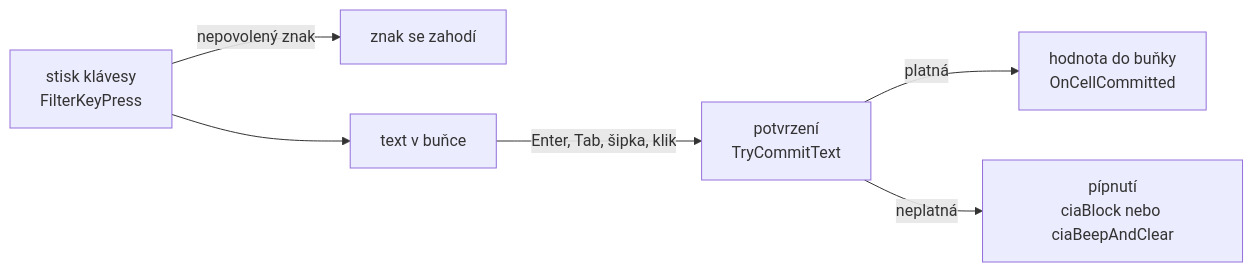
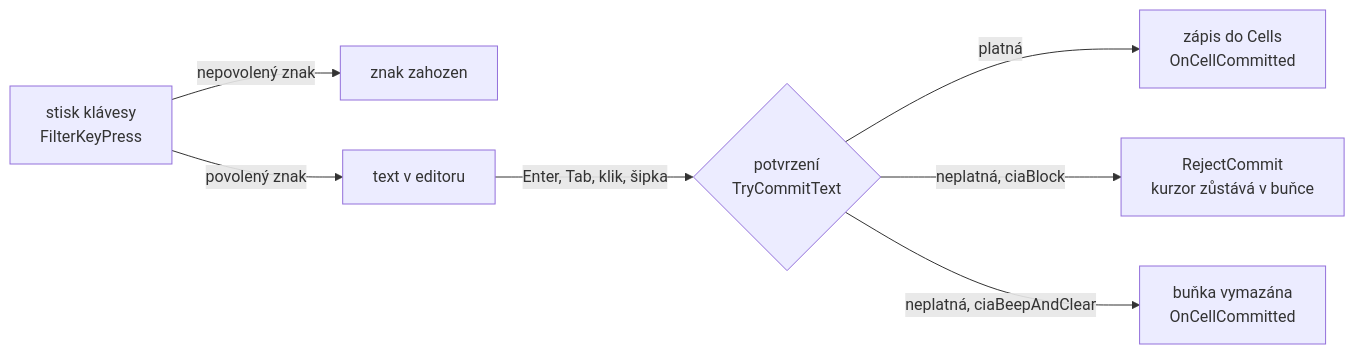
Before and after one commit to kovarmi9/GeoSoft: the first of 3 diagrams in docs/komponenty/kontrola-zadavani.md, drawn with Mermaid. The commit also changed other lines of this file and 85 other files, not shown here.

````diff
--- a/docs/komponenty/kontrola-zadavani.md
+++ b/docs/komponenty/kontrola-zadavani.md
@@ -8,8 +8,9 @@
 ```mermaid
 flowchart LR
-  K["stisk klávesy<br>FilterKeyPress"] -->|nepovolený znak| X["znak se zahodí"]
-  K --> E["text v buňce"]
-  E -->|"Enter, Tab, šipka, klik"| C["potvrzení<br>TryCommitText"]
-  C -->|platná| S["hodnota do buňky<br>OnCellCommitted"]
-  C -->|neplatná| B["pípnutí<br>ciaBlock nebo ciaBeepAndClear"]
+  K["stisk klávesy<br/>FilterKeyPress"] -->|nepovolený znak| X["znak zahozen"]
+  K -->|povolený znak| E["text v editoru"]
+  E -->|"Enter, Tab, klik, šipka"| C{"potvrzení<br/>TryCommitText"}
+  C -->|platná| S["zápis do Cells<br/>OnCellCommitted"]
+  C -->|"neplatná, ciaBlock"| B["RejectCommit<br/>kurzor zůstává v buňce"]
+  C -->|"neplatná, ciaBeepAndClear"| V["buňka vymazána<br/>OnCellCommitted"]
 ```
````
